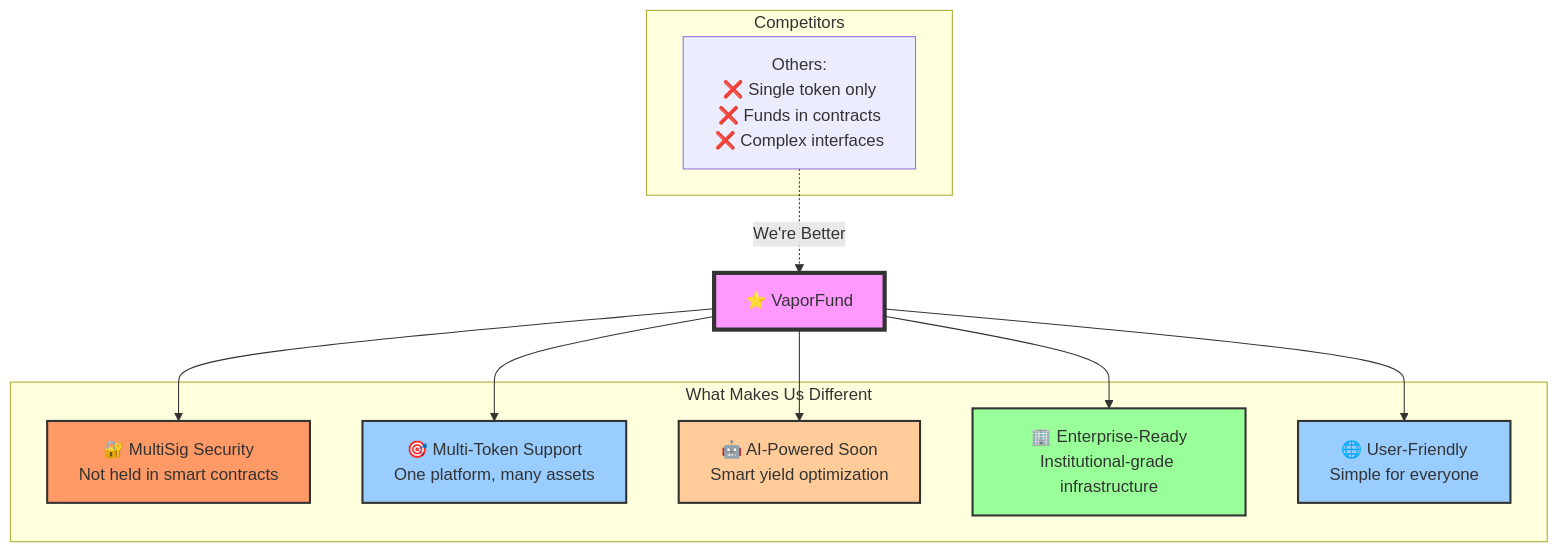
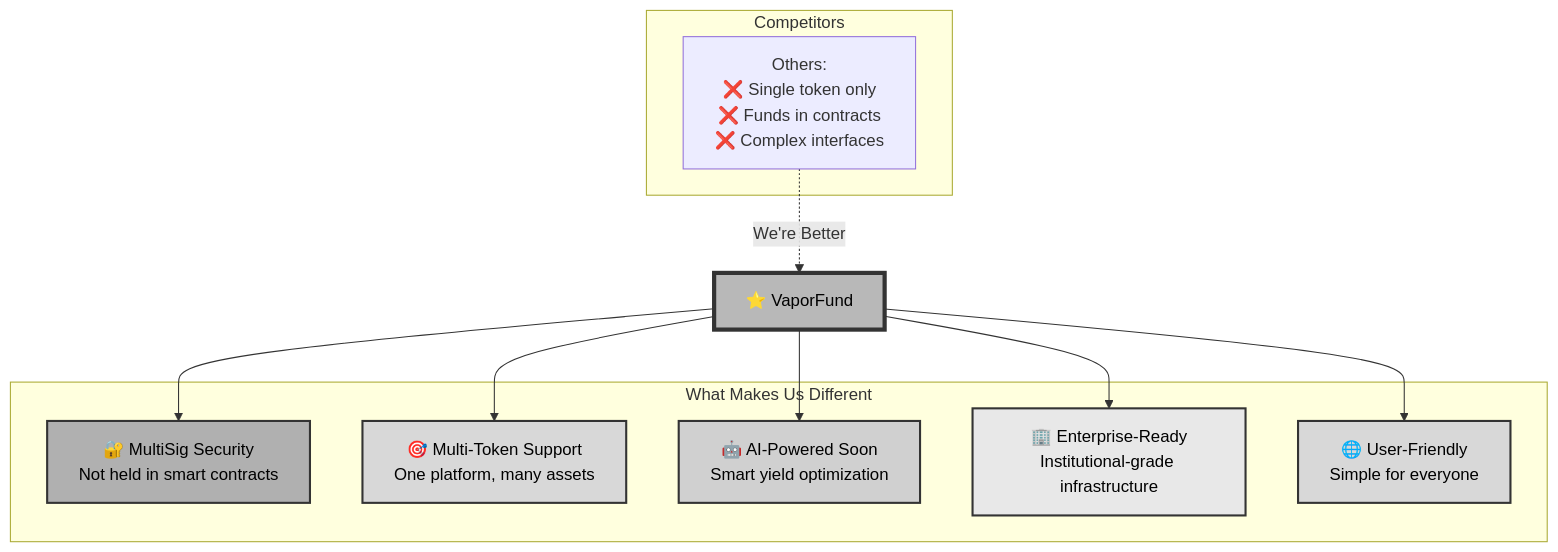
The tenth of 13 diagrams in ARCHITECTURE.md (VaporFund/vapor-staking-platform-docs), drawn with Mermaid before and after one commit. The commit also changed other lines of this file and 1 other file, not shown here.

First line of the commit message:
docs: enhance ARCHITECTURE.md with explanations and grayscale styling

````diff
--- a/ARCHITECTURE.md
+++ b/ARCHITECTURE.md
@@ -332,31 +331,31 @@
 ```mermaid
 graph TB
     VF["⭐ VaporFund"]
 
     subgraph Different["What Makes Us Different"]
         ADV1["🔐 MultiSig Security<br>Not held in smart contracts"]
         ADV2["🎯 Multi-Token Support<br>One platform, many assets"]
         ADV3["🤖 AI-Powered Soon<br>Smart yield optimization"]
         ADV4["🏢 Enterprise-Ready<br>Institutional-grade infrastructure"]
         ADV5["🌐 User-Friendly<br>Simple for everyone"]
     end
 
     subgraph Competitors
         COMP["Others:<br>❌ Single token only<br>❌ Funds in contracts<br>❌ Complex interfaces"]
     end
 
     VF --> ADV1
     VF --> ADV2
     VF --> ADV3
     VF --> ADV4
     VF --> ADV5
 
     COMP -.We're Better.-> VF
 
-    style VF fill:#f9f,stroke:#333,stroke-width:4px
-    style ADV1 fill:#f96,stroke:#333,stroke-width:2px
-    style ADV2 fill:#9cf,stroke:#333,stroke-width:2px
-    style ADV3 fill:#fc9,stroke:#333,stroke-width:2px
-    style ADV4 fill:#9f9,stroke:#333,stroke-width:2px
-    style ADV5 fill:#9cf,stroke:#333,stroke-width:2px
+    style VF fill:#b8b8b8,stroke:#333,stroke-width:4px,color:#000
+    style ADV1 fill:#b0b0b0,stroke:#333,stroke-width:2px,color:#000
+    style ADV2 fill:#d8d8d8,stroke:#333,stroke-width:2px,color:#000
+    style ADV3 fill:#d0d0d0,stroke:#333,stroke-width:2px,color:#000
+    style ADV4 fill:#e8e8e8,stroke:#333,stroke-width:2px,color:#000
+    style ADV5 fill:#d8d8d8,stroke:#333,stroke-width:2px,color:#000
 ```
````
